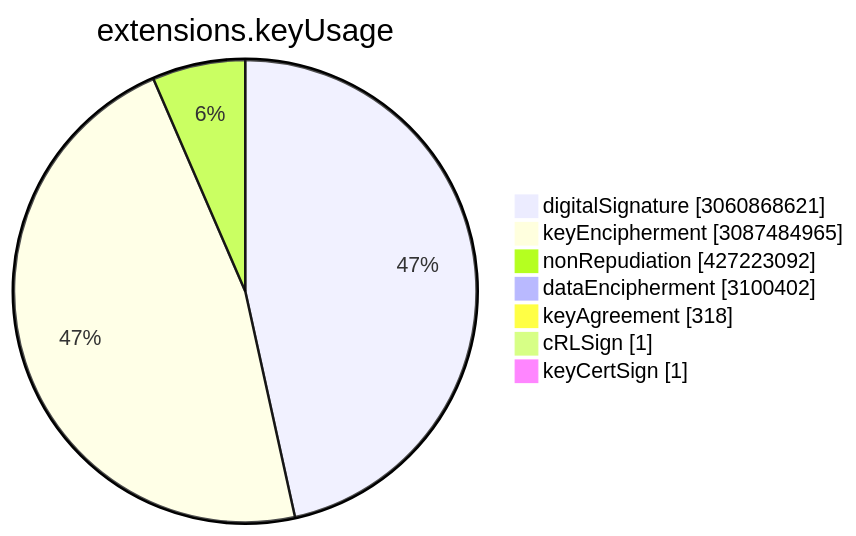
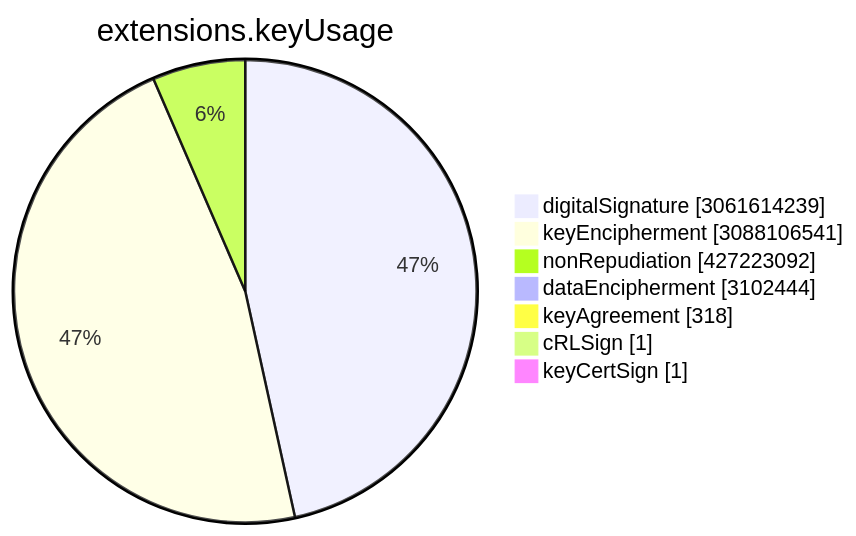
One commit to christiankrug/ctmonitor_visualization changed the sixth of 15 diagrams in TOTAL/README.md. Above: the diagram before and after it, drawn with Mermaid. The commit also changed other lines of this file, not shown here.

````diff
--- a/TOTAL/README.md
+++ b/TOTAL/README.md
@@ -3075,11 +3075,11 @@
 ```mermaid
 pie showData
 title extensions.keyUsage
-"digitalSignature" :3060868621
-"keyEncipherment" :3087484965
+"digitalSignature" :3061614239
+"keyEncipherment" :3088106541
 "nonRepudiation" :427223092
-"dataEncipherment" :3100402
+"dataEncipherment" :3102444
 "keyAgreement" :318
 "cRLSign" :1
 "keyCertSign" :1
 ```
````
